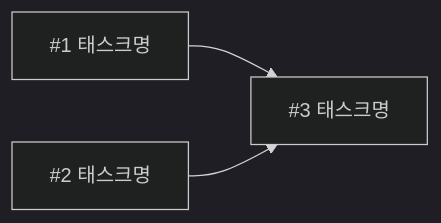
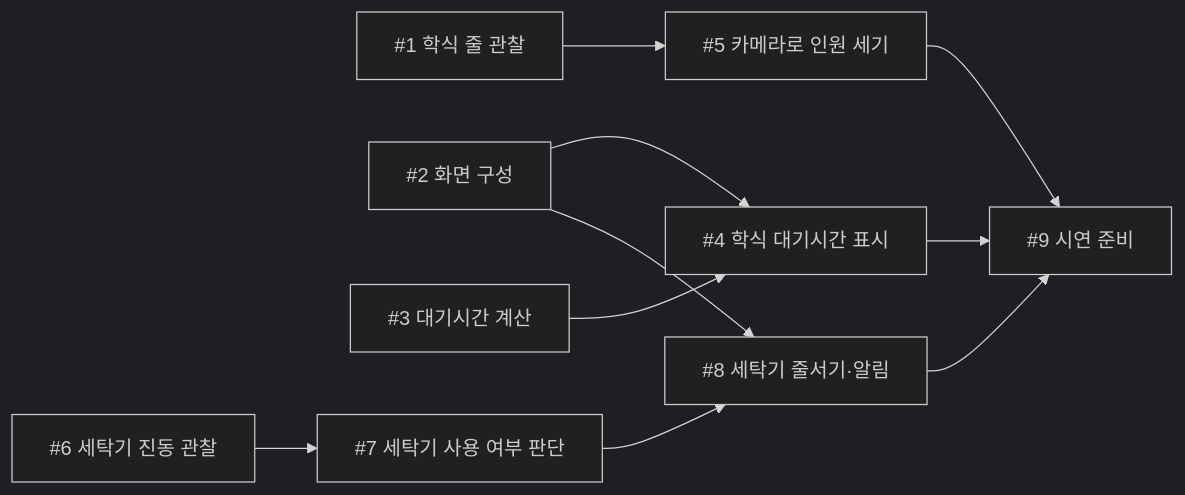
Before and after one commit to kyobak/aix-2026f-team09: the diagram in docs/week-05.md, drawn with Mermaid (dark theme). The commit also changed other lines of this file, not shown here.

````diff
--- a/docs/week-05.md
+++ b/docs/week-05.md
@@ -47,5 +44,12 @@
 ```mermaid
 graph LR
-  T1["#1 태스크명"] --> T3["#3 태스크명"]
-  T2["#2 태스크명"] --> T3
+  T1["#1 학식 줄 관찰"] --> T5["#5 카메라로 인원 세기"]
+  T2["#2 화면 구성"] --> T4["#4 학식 대기시간 표시"]
+  T3["#3 대기시간 계산"] --> T4
+  T6["#6 세탁기 진동 관찰"] --> T7["#7 세탁기 사용 여부 판단"]
+  T2 --> T8["#8 세탁기 줄서기·알림"]
+  T7 --> T8
+  T4 --> T9["#9 시연 준비"]
+  T5 --> T9
+  T8 --> T9
 ```
````
